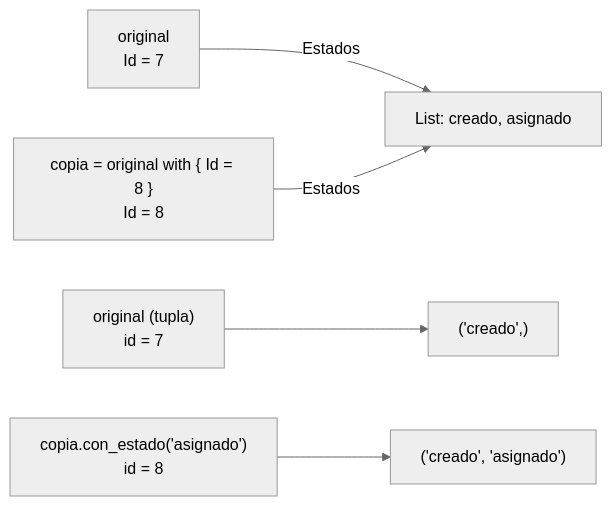
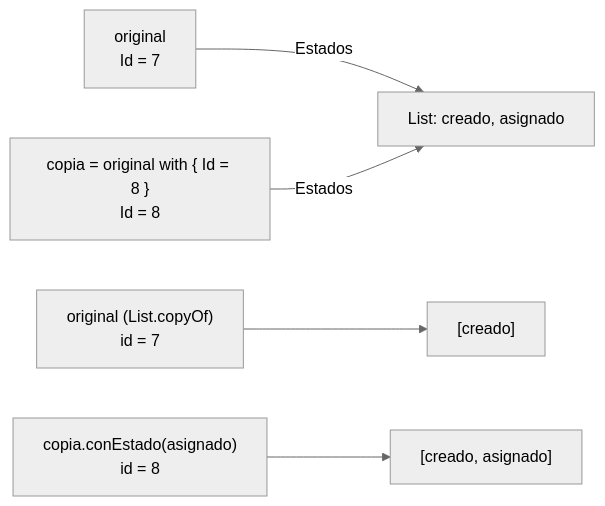
Before and after one commit to NICORUIZ93/The_Imperial_Book: the seventh of 9 diagrams in web/public/content/arquitectura/modulo-0.md, drawn with Mermaid (neutral theme). The commit also changed other lines of this file and 3 other files, not shown here.

````diff
--- a/web/public/content/arquitectura/modulo-0.md
+++ b/web/public/content/arquitectura/modulo-0.md
@@ -1594,7 +1828,7 @@
 ```mermaid
 flowchart LR
     O["original<br/>Id = 7"] -->|"Estados"| L["List: creado, asignado"]
     C["copia = original with { Id = 8 }<br/>Id = 8"] -->|"Estados"| L
-    O2["original (tupla)<br/>id = 7"] --> T1["('creado',)"]
-    C2["copia.con_estado('asignado')<br/>id = 8"] --> T2["('creado', 'asignado')"]
+    O2["original (List.copyOf)<br/>id = 7"] --> T1["[creado]"]
+    C2["copia.conEstado(asignado)<br/>id = 8"] --> T2["[creado, asignado]"]
 ```
````
